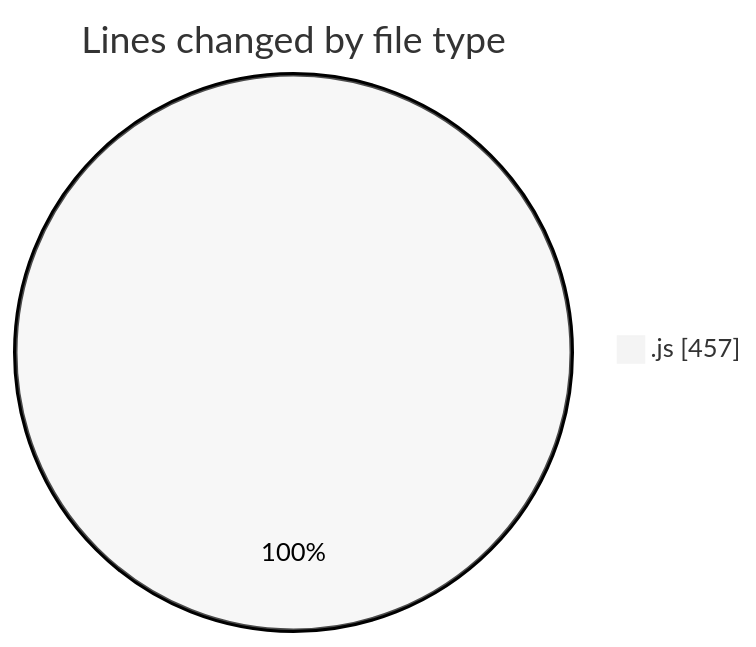
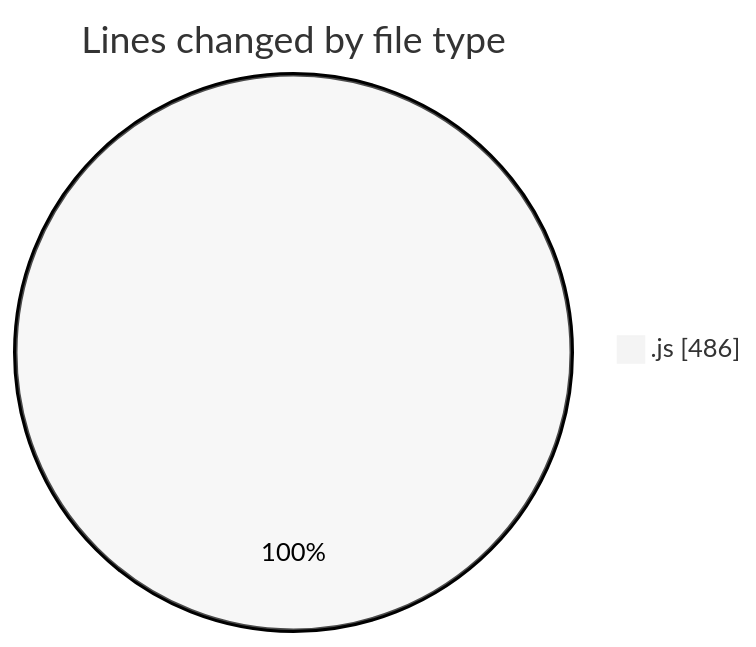
The first of 2 diagrams in 2025-08-12/cda/README.md (momahboobian/code-tracking), drawn with Mermaid (neutral theme) before and after one commit. The commit also changed other lines of this file and 1 other file, not shown here.

````diff
--- a/2025-08-12/cda/README.md
+++ b/2025-08-12/cda/README.md
@@ -26,5 +27,5 @@
 ```mermaid
 pie showData
 title Lines changed by file type
-".js" : 457
+".js" : 486
 ```
````
